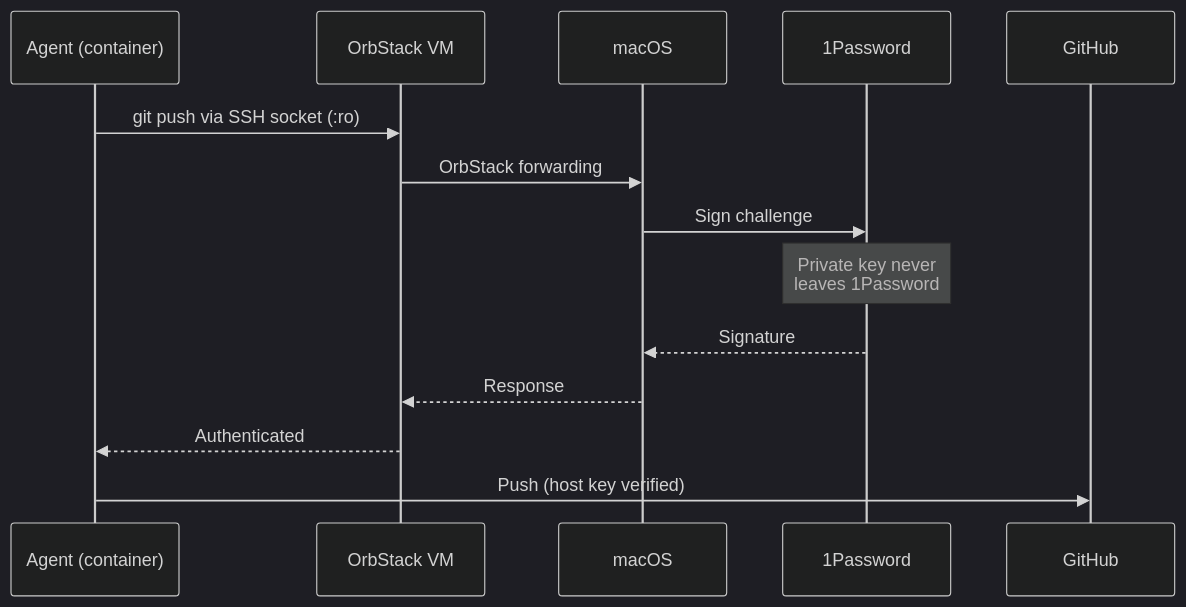
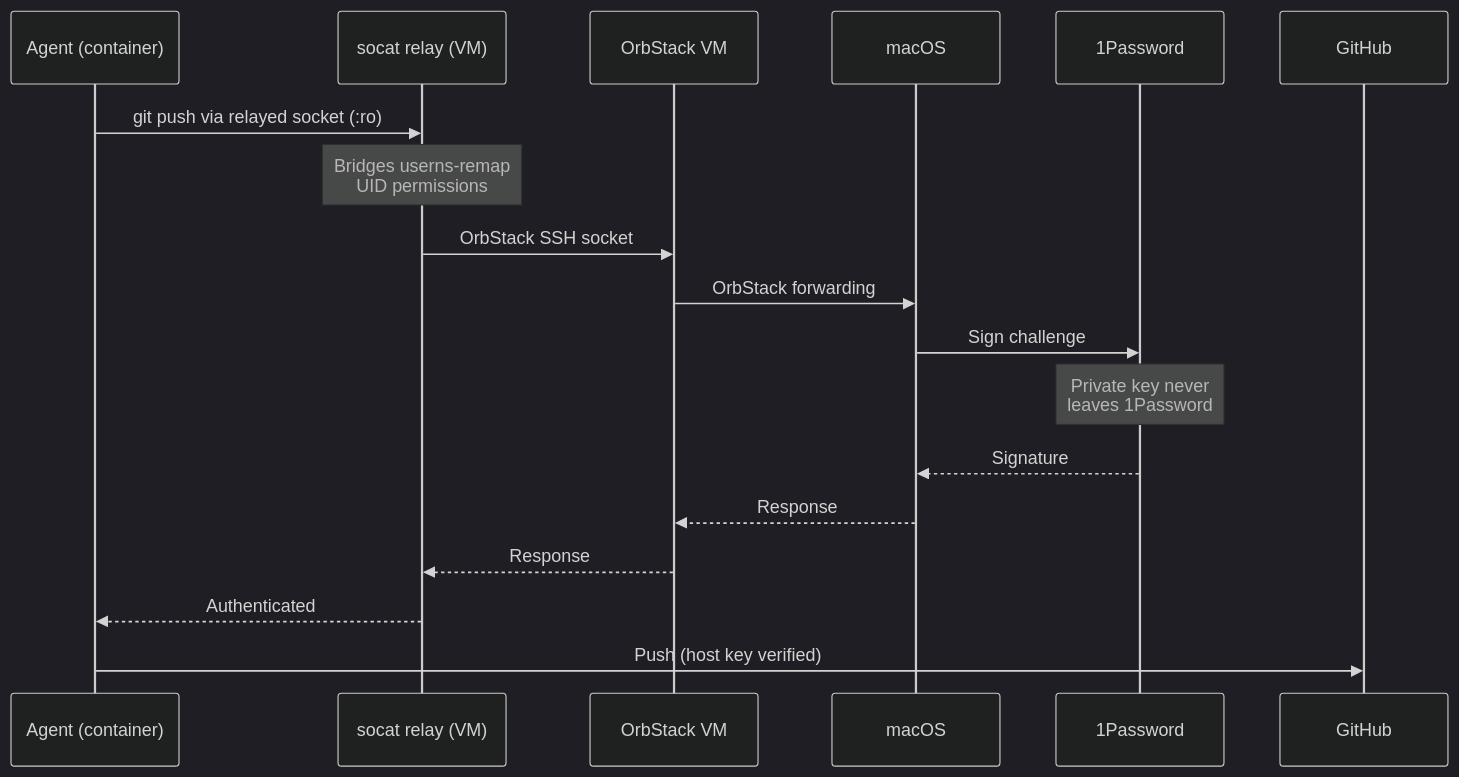
Before and after one commit to 0x666c6f/safe-agentic: the second of 3 diagrams in docs/security.md, drawn with Mermaid (dark theme). The commit also changed other lines of this file and 7 other files, not shown here.

````diff
--- a/docs/security.md
+++ b/docs/security.md
@@ -59,17 +59,21 @@
 ```mermaid
 sequenceDiagram
     participant Agent as Agent (container)
+    participant Relay as socat relay (VM)
     participant VM as OrbStack VM
     participant Mac as macOS
     participant 1P as 1Password
     participant GH as GitHub
 
-    Agent->>VM: git push via SSH socket (:ro)
+    Agent->>Relay: git push via relayed socket (:ro)
+    Note over Relay: Bridges userns-remap<br/>UID permissions
+    Relay->>VM: OrbStack SSH socket
     VM->>Mac: OrbStack forwarding
     Mac->>1P: Sign challenge
     Note over 1P: Private key never<br/>leaves 1Password
     1P-->>Mac: Signature
     Mac-->>VM: Response
-    VM-->>Agent: Authenticated
+    VM-->>Relay: Response
+    Relay-->>Agent: Authenticated
     Agent->>GH: Push (host key verified)
 ```
````
